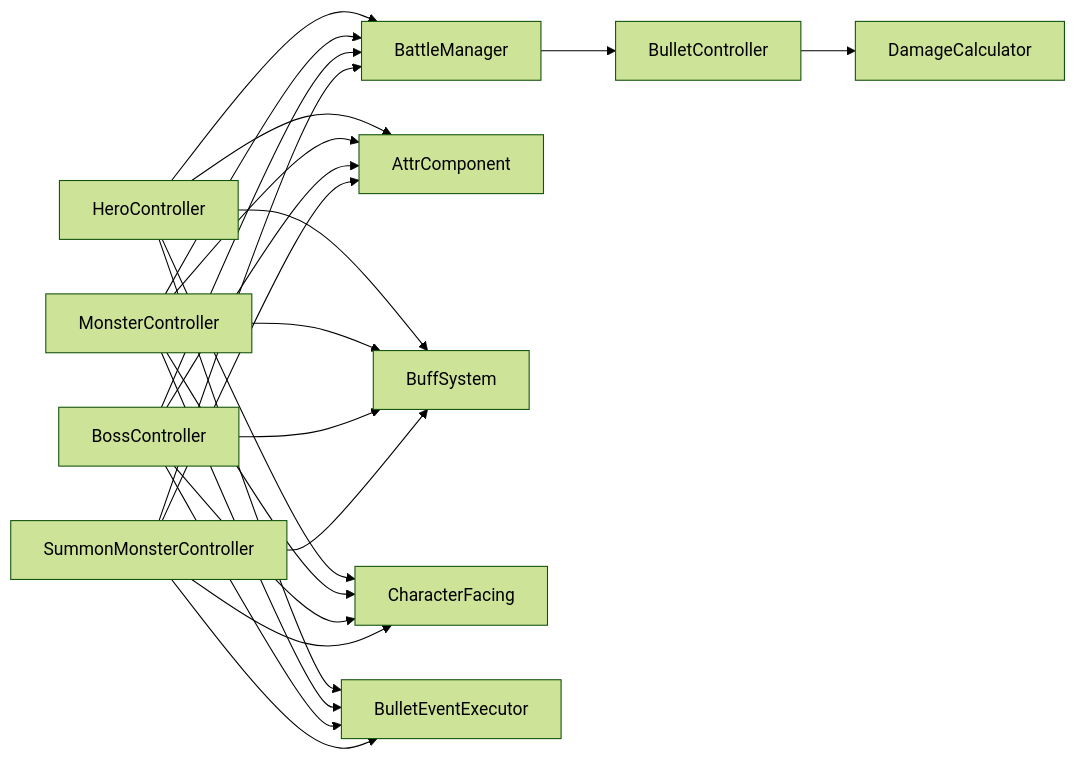
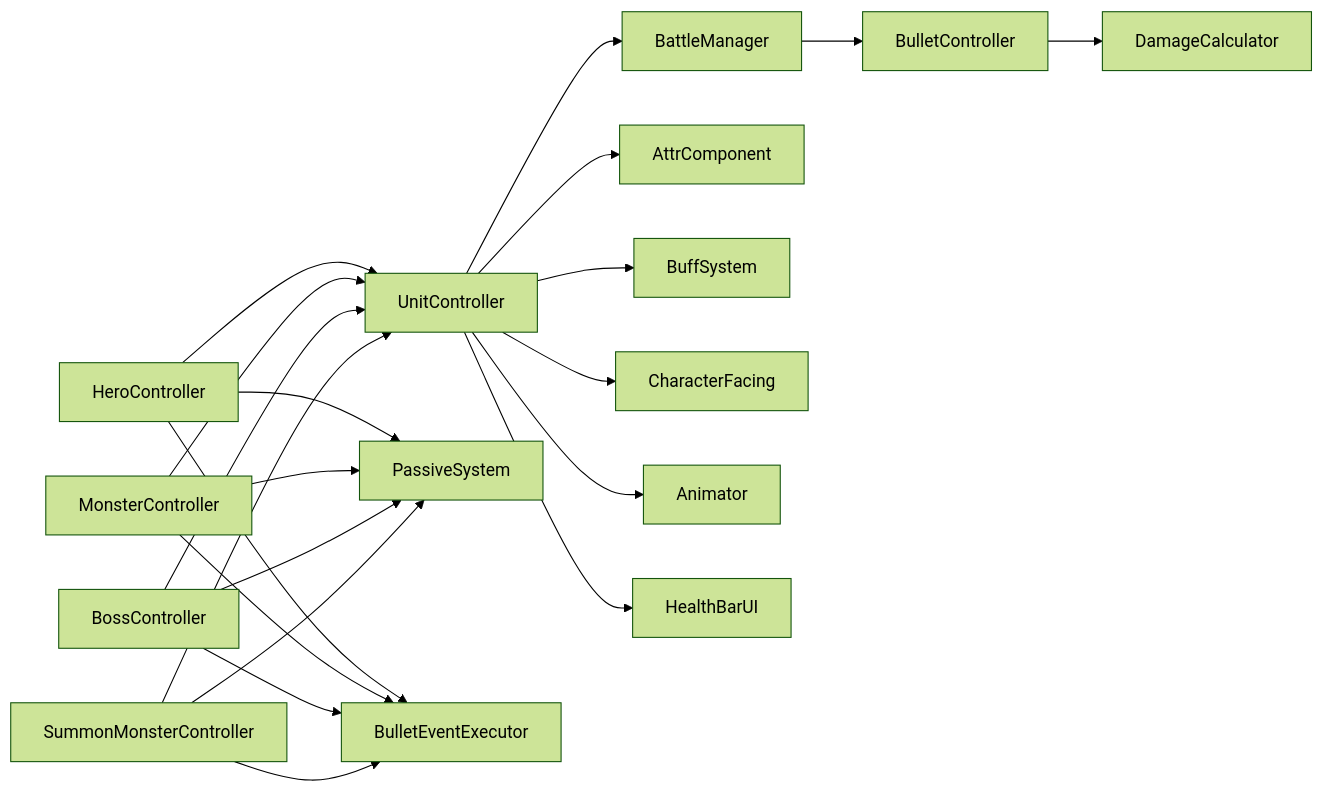
Before and after one commit to Tuusen/p1_client: the seventh of 7 diagrams in .qoder/repowiki/zh/content/战斗系统/角色控制器/角色控制器.md, drawn with Mermaid (forest theme). The commit also changed other lines of this file and 13 other files, not shown here.

````diff
--- a/.qoder/repowiki/zh/content/战斗系统/角色控制器/角色控制器.md
+++ b/.qoder/repowiki/zh/content/战斗系统/角色控制器/角色控制器.md
@@ -420,25 +487,23 @@
 ```mermaid
 graph LR
-HC["HeroController"] --> BM["BattleManager"]
-MC["MonsterController"] --> BM
-BC["BossController"] --> BM
-SM["SummonMonsterController"] --> BM
-HC --> AC["AttrComponent"]
-MC --> AC
-BC --> AC
-SM --> AC
-HC --> BS["BuffSystem"]
-MC --> BS
-BC --> BS
-SM --> BS
-HC --> CF["CharacterFacing"]
-MC --> CF
-BC --> CF
-SM --> CF
+UC["UnitController"] --> BM["BattleManager"]
+UC --> AC["AttrComponent"]
+UC --> BS["BuffSystem"]
+UC --> CF["CharacterFacing"]
+UC --> AN["Animator"]
+UC --> HPB["HealthBarUI"]
+HC["HeroController"] --> UC
+MC["MonsterController"] --> UC
+BC["BossController"] --> UC
+SM["SummonMonsterController"] --> UC
+HC --> PS["PassiveSystem"]
+MC --> PS
+BC --> PS
+SM --> PS
 BM --> BLT["BulletController"]
 BLT --> DMG["DamageCalculator"]
 HC --> BE["BulletEventExecutor"]
 MC --> BE
 BC --> BE
 SM --> BE
 ```
````
